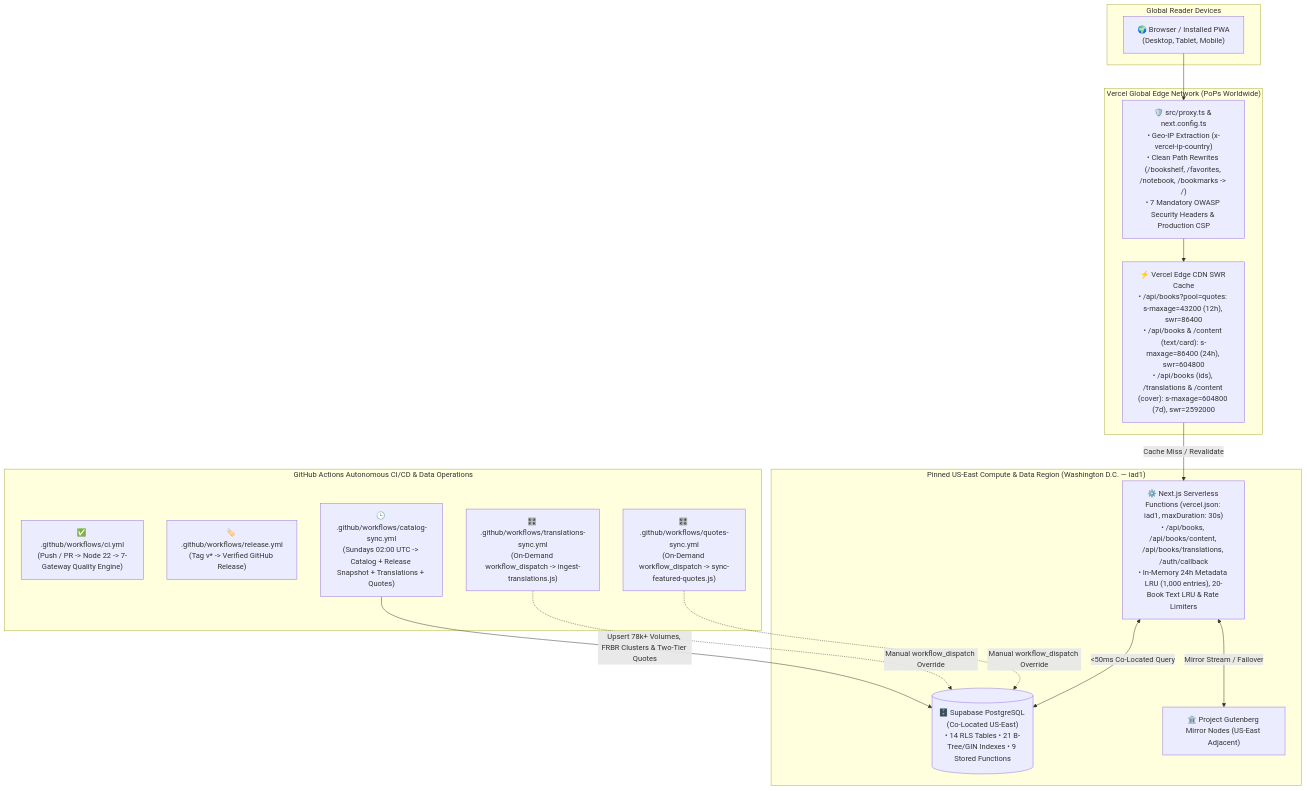
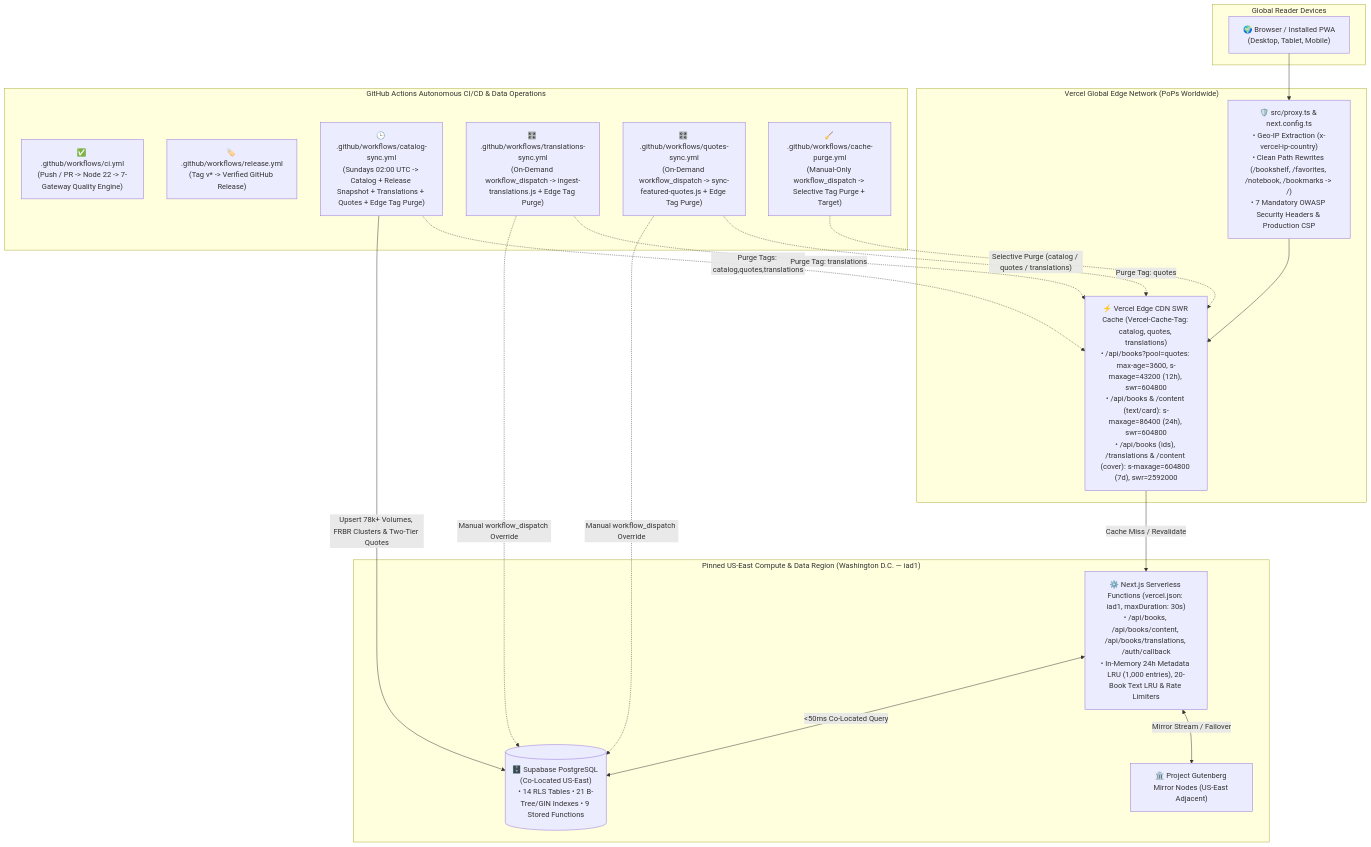
One commit to calin-m/Bookarium changed diagram 12 of 13 in docs/ARCHITECTURE.md. Above: the diagram before and after it, drawn with Mermaid. The commit also changed other lines of this file and 36 other files, not shown here.

First line of the commit message:
feat(pipeline): add Vercel Edge cache tag purging, Option-A quote pruning, and GitHub Actions runbook

````diff
--- a/docs/ARCHITECTURE.md
+++ b/docs/ARCHITECTURE.md
@@ -1698,34 +1718,39 @@
 ```mermaid
 flowchart TD
     subgraph GlobalClients ["Global Reader Devices"]
         Client["🌍 Browser / Installed PWA\n(Desktop, Tablet, Mobile)"]
     end
 
     subgraph VercelEdgeNetwork ["Vercel Global Edge Network (PoPs Worldwide)"]
         EdgeProxy["🛡️ src/proxy.ts & next.config.ts\n• Geo-IP Extraction (x-vercel-ip-country)\n• Clean Path Rewrites (/bookshelf, /favorites, /notebook, /bookmarks -> /)\n• 7 Mandatory OWASP Security Headers & Production CSP"]
-        EdgeCDN["⚡ Vercel Edge CDN SWR Cache\n• /api/books?pool=quotes: s-maxage=43200 (12h), swr=86400\n• /api/books & /content (text/card): s-maxage=86400 (24h), swr=604800\n• /api/books (ids), /translations & /content (cover): s-maxage=604800 (7d), swr=2592000"]
+        EdgeCDN["⚡ Vercel Edge CDN SWR Cache (Vercel-Cache-Tag: catalog, quotes, translations)\n• /api/books?pool=quotes: max-age=3600, s-maxage=43200 (12h), swr=604800\n• /api/books & /content (text/card): s-maxage=86400 (24h), swr=604800\n• /api/books (ids), /translations & /content (cover): s-maxage=604800 (7d), swr=2592000"]
     end
 
     subgraph USCompute ["Pinned US-East Compute & Data Region (Washington D.C. — iad1)"]
         Serverless["⚙️ Next.js Serverless Functions (vercel.json: iad1, maxDuration: 30s)\n• /api/books, /api/books/content, /api/books/translations, /auth/callback\n• In-Memory 24h Metadata LRU (1,000 entries), 20-Book Text LRU & Rate Limiters"]
         SupabaseUS[("🗄️ Supabase PostgreSQL (Co-Located US-East)\n• 14 RLS Tables • 21 B-Tree/GIN Indexes • 9 Stored Functions")]
         GutenbergUS["🏛️ Project Gutenberg Mirror Nodes (US-East Adjacent)"]
     end
 
     subgraph GitHubOps ["GitHub Actions Autonomous CI/CD & Data Operations"]
         CIWorkflow["✅ .github/workflows/ci.yml\n(Push / PR -> Node 22 -> 7-Gateway Quality Engine)"]
         ReleaseWorkflow["🏷️ .github/workflows/release.yml\n(Tag v* -> Verified GitHub Release)"]
-        CatalogCron["🕒 .github/workflows/catalog-sync.yml\n(Sundays 02:00 UTC -> Catalog + Release Snapshot + Translations + Quotes)"]
-        TransCron["🎛️ .github/workflows/translations-sync.yml\n(On-Demand workflow_dispatch -> ingest-translations.js)"]
-        QuotesCron["🎛️ .github/workflows/quotes-sync.yml\n(On-Demand workflow_dispatch -> sync-featured-quotes.js)"]
+        CatalogCron["🕒 .github/workflows/catalog-sync.yml\n(Sundays 02:00 UTC -> Catalog + Release Snapshot + Translations + Quotes + Edge Tag Purge)"]
+        TransCron["🎛️ .github/workflows/translations-sync.yml\n(On-Demand workflow_dispatch -> ingest-translations.js + Edge Tag Purge)"]
+        QuotesCron["🎛️ .github/workflows/quotes-sync.yml\n(On-Demand workflow_dispatch -> sync-featured-quotes.js + Edge Tag Purge)"]
+        PurgeManual["🧹 .github/workflows/cache-purge.yml\n(Manual-Only workflow_dispatch -> Selective Tag Purge + Target)"]
     end
 
     Client --> EdgeProxy
     EdgeProxy --> EdgeCDN
     EdgeCDN -->|"Cache Miss / Revalidate"| Serverless
     Serverless <-->|"<50ms Co-Located Query"| SupabaseUS
     Serverless <-->|"Mirror Stream / Failover"| GutenbergUS
     CatalogCron -->|"Upsert 78k+ Volumes, FRBR Clusters & Two-Tier Quotes"| SupabaseUS
+    CatalogCron -.->|"Purge Tags: catalog,quotes,translations"| EdgeCDN
     TransCron -.->|"Manual workflow_dispatch Override"| SupabaseUS
+    TransCron -.->|"Purge Tag: translations"| EdgeCDN
     QuotesCron -.->|"Manual workflow_dispatch Override"| SupabaseUS
+    QuotesCron -.->|"Purge Tag: quotes"| EdgeCDN
+    PurgeManual -.->|"Selective Purge (catalog / quotes / translations)"| EdgeCDN
 ```
````
